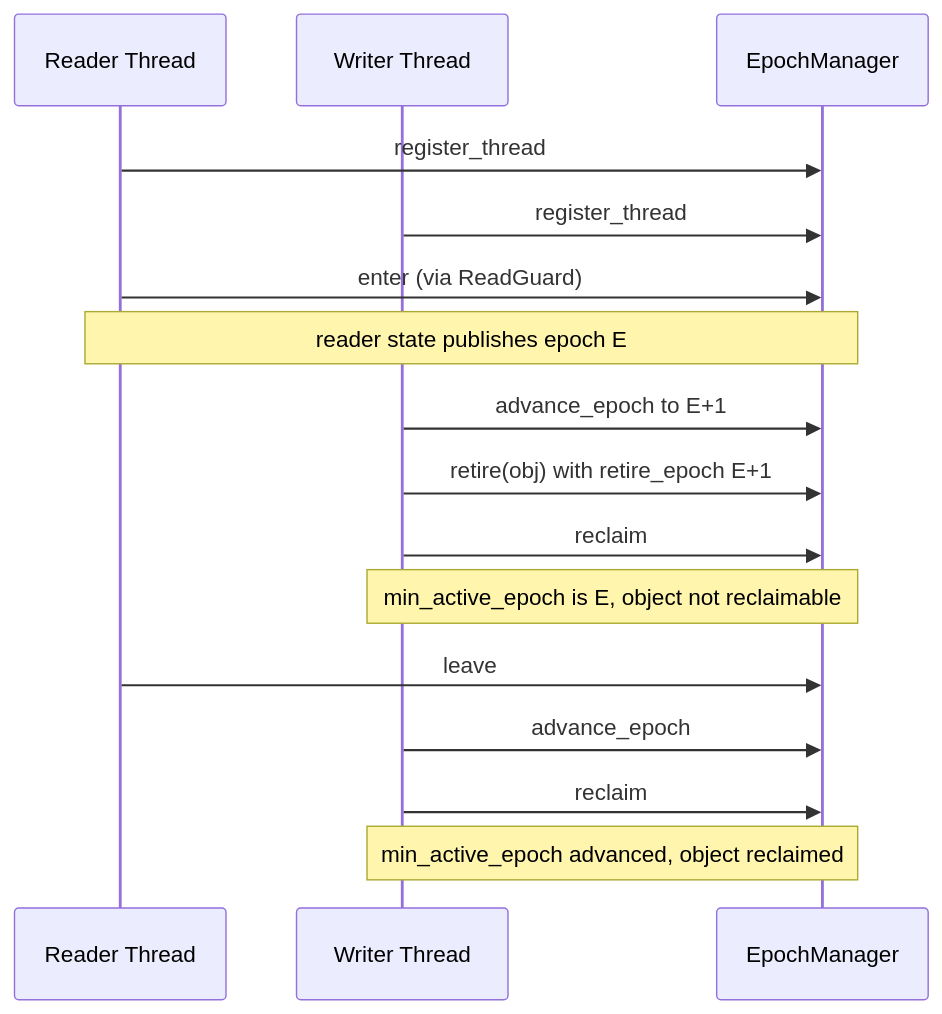
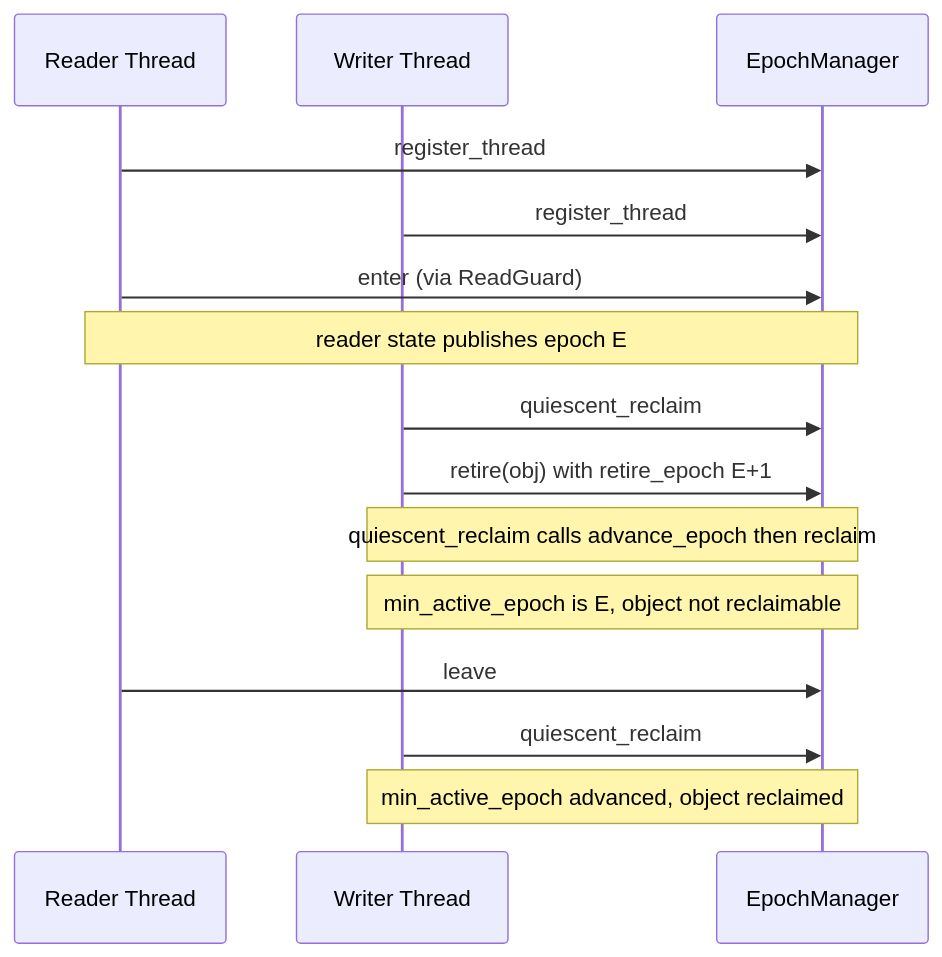
Before and after one commit to ankitkr-04/strata-db: the second of 3 diagrams in docs/architecture/01-epoch-reclamation.md, drawn with Mermaid. The commit also changed other lines of this file and 7 other files, not shown here.

First line of the commit message:
docs: update architecture documentation for SkipListMemTable and SkipListNode

````diff
--- a/docs/architecture/01-epoch-reclamation.md
+++ b/docs/architecture/01-epoch-reclamation.md
@@ -78,19 +79,18 @@
 ```mermaid
 sequenceDiagram
     participant R as Reader Thread
     participant W as Writer Thread
     participant EM as EpochManager
 
     R->>EM: register_thread
     W->>EM: register_thread
     R->>EM: enter (via ReadGuard)
     Note over R,EM: reader state publishes epoch E
-    W->>EM: advance_epoch to E+1
+    W->>EM: quiescent_reclaim
     W->>EM: retire(obj) with retire_epoch E+1
-    W->>EM: reclaim
+    Note over W,EM: quiescent_reclaim calls advance_epoch then reclaim
     Note over W,EM: min_active_epoch is E, object not reclaimable
     R->>EM: leave
-    W->>EM: advance_epoch
-    W->>EM: reclaim
+    W->>EM: quiescent_reclaim
     Note over W,EM: min_active_epoch advanced, object reclaimed
 ```
````
